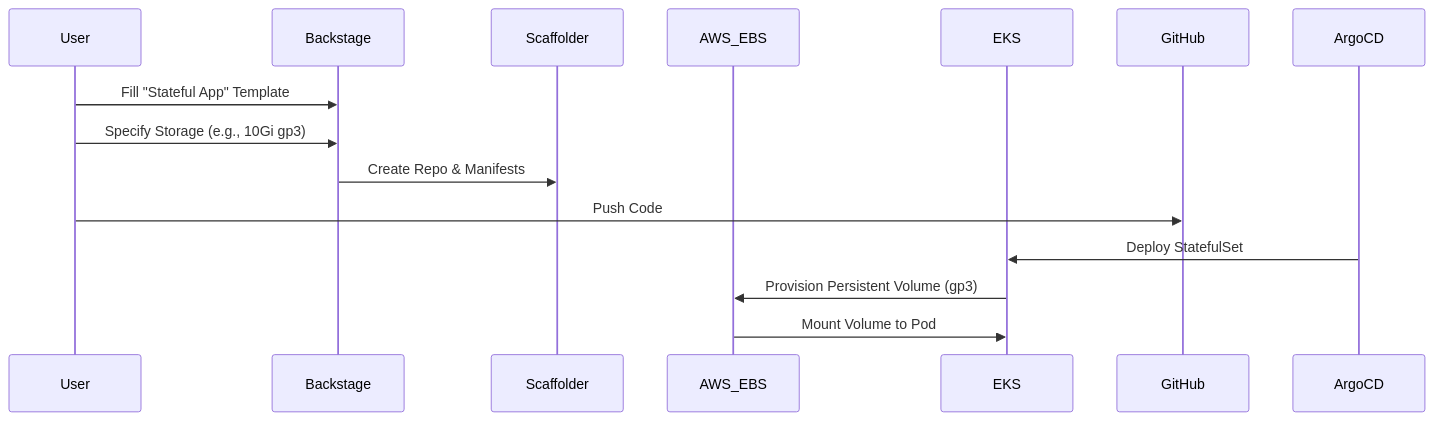
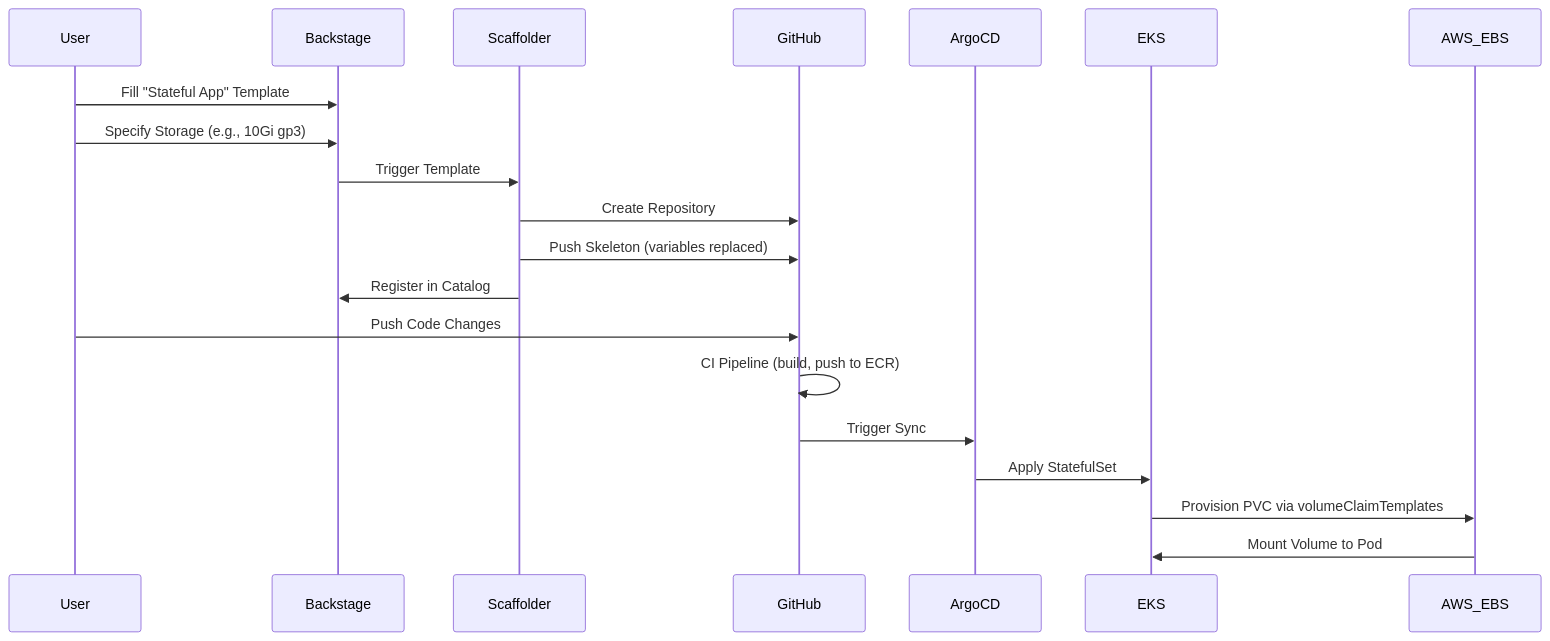
One commit to mikeybeezy/goldenpath-idp-infra changed the diagram in docs/85-how-it-works/self-service/STATEFUL_APP_REQUEST_FLOW.md. Above: the diagram before and after it, drawn with Mermaid. The commit also changed other lines of this file and 54 other files, not shown here.

````diff
--- a/docs/85-how-it-works/self-service/STATEFUL_APP_REQUEST_FLOW.md
+++ b/docs/85-how-it-works/self-service/STATEFUL_APP_REQUEST_FLOW.md
@@ -11,16 +41,23 @@
 ```mermaid
 sequenceDiagram
     participant User
     participant Backstage
     participant Scaffolder
+    participant GitHub
+    participant ArgoCD
+    participant EKS
     participant AWS_EBS
-    participant EKS
 
     User->>Backstage: Fill "Stateful App" Template
     User->>Backstage: Specify Storage (e.g., 10Gi gp3)
-    Backstage->>Scaffolder: Create Repo & Manifests
-    User->>GitHub: Push Code
-    ArgoCD->>EKS: Deploy StatefulSet
-    EKS->>AWS_EBS: Provision Persistent Volume (gp3)
+    Backstage->>Scaffolder: Trigger Template
+    Scaffolder->>GitHub: Create Repository
+    Scaffolder->>GitHub: Push Skeleton (variables replaced)
+    Scaffolder->>Backstage: Register in Catalog
+    User->>GitHub: Push Code Changes
+    GitHub->>GitHub: CI Pipeline (build, push to ECR)
+    GitHub->>ArgoCD: Trigger Sync
+    ArgoCD->>EKS: Apply StatefulSet
+    EKS->>AWS_EBS: Provision PVC via volumeClaimTemplates
     AWS_EBS->>EKS: Mount Volume to Pod
 ```
````
